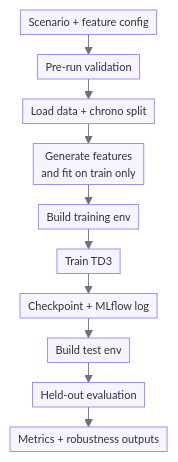
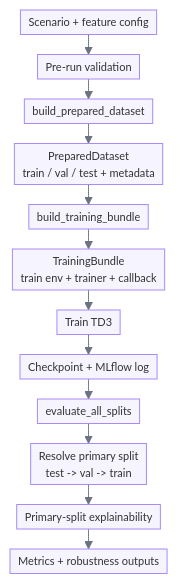
The first of 5 diagrams in thesis/qmd/src/99-appendix.qmd (kwojdalski/masters_thesis), drawn with Mermaid before and after one commit. The commit also changed other lines of this file and 3 other files, not shown here.

Commit message:
Update pipeline diagrams after refactor

````diff
--- a/thesis/qmd/src/99-appendix.qmd
+++ b/thesis/qmd/src/99-appendix.qmd
@@ -178,28 +178,30 @@
 ```{mermaid}
 %%| fig-align: center
 %%{init: {
   'theme': 'base',
   'themeVariables': {
     'fontSize': '11px',
     'primaryColor': '#f5f4ff',
     'primaryBorderColor': '#a78bfa',
     'lineColor': '#6b7280'
   },
   'flowchart': {
     'nodeSpacing': 18,
     'rankSpacing': 20,
     'padding': 4,
     'useMaxWidth': false
   }
 }}%%
 flowchart TD
     A[Scenario + feature config] --> B[Pre-run validation]
-    B --> C[Load data + chrono split]
-    C --> D[Generate features<br/>and fit on train only]
-    D --> E[Build training env]
-    E --> F[Train TD3]
-    F --> G[Checkpoint + MLflow log]
-    G --> H[Build test env]
-    H --> I[Held-out evaluation]
-    I --> J[Metrics + robustness outputs]
+    B --> C[build_prepared_dataset]
+    C --> D[PreparedDataset<br/>train / val / test + metadata]
+    D --> E[build_training_bundle]
+    E --> F[TrainingBundle<br/>train env + trainer + callback]
+    F --> G[Train TD3]
+    G --> H[Checkpoint + MLflow log]
+    H --> I[evaluate_all_splits]
+    I --> J[Resolve primary split<br/>test -> val -> train]
+    J --> K[Primary-split explainability]
+    K --> L[Metrics + robustness outputs]
 ```
````
